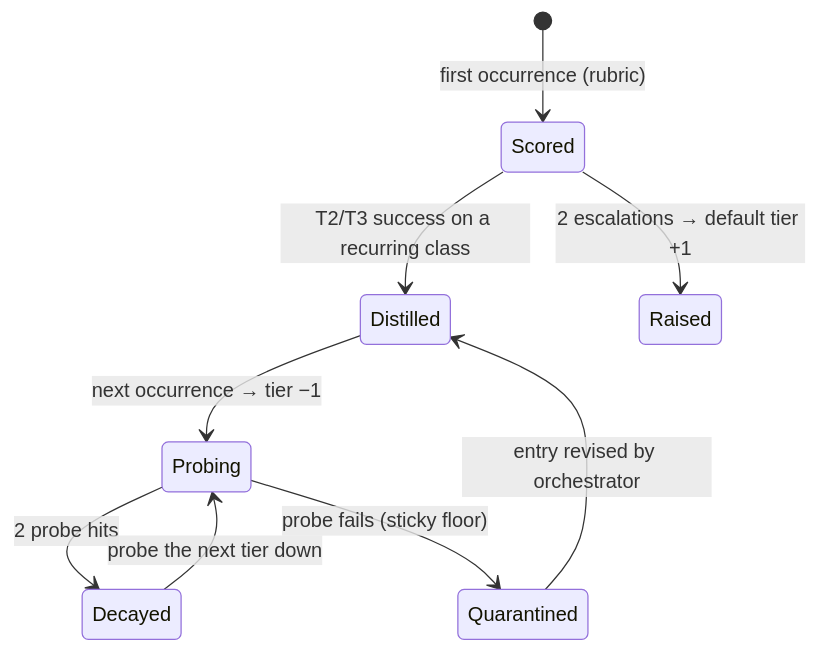
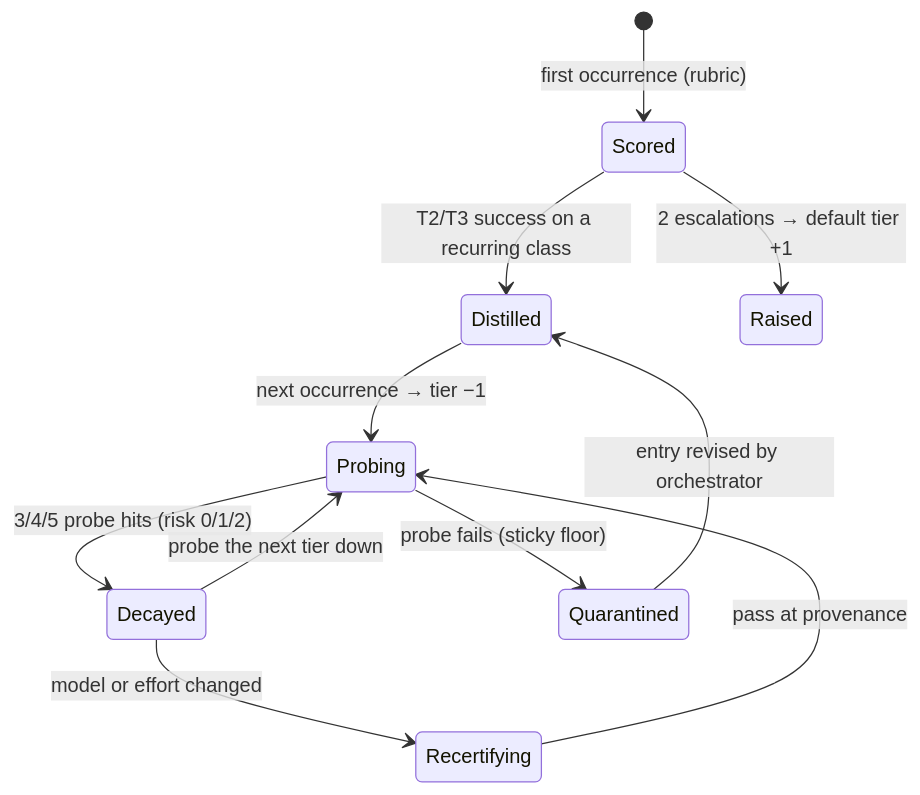
Before and after one commit to alebgl77/tierdecay: the third of 3 diagrams in README.md, drawn with Mermaid. The commit also changed other lines of this file and 7 other files, not shown here.

````diff
--- a/README.md
+++ b/README.md
@@ -105,11 +125,13 @@
 ```mermaid
 stateDiagram-v2
     [*] --> Scored: first occurrence (rubric)
     Scored --> Distilled: T2/T3 success on a recurring class
     Distilled --> Probing: next occurrence → tier −1
-    Probing --> Decayed: 2 probe hits
+    Probing --> Decayed: 3/4/5 probe hits (risk 0/1/2)
     Probing --> Quarantined: probe fails (sticky floor)
     Decayed --> Probing: probe the next tier down
     Quarantined --> Distilled: entry revised by orchestrator
     Scored --> Raised: 2 escalations → default tier +1
+    Decayed --> Recertifying: model or effort changed
+    Recertifying --> Probing: pass at provenance
 ```
````
